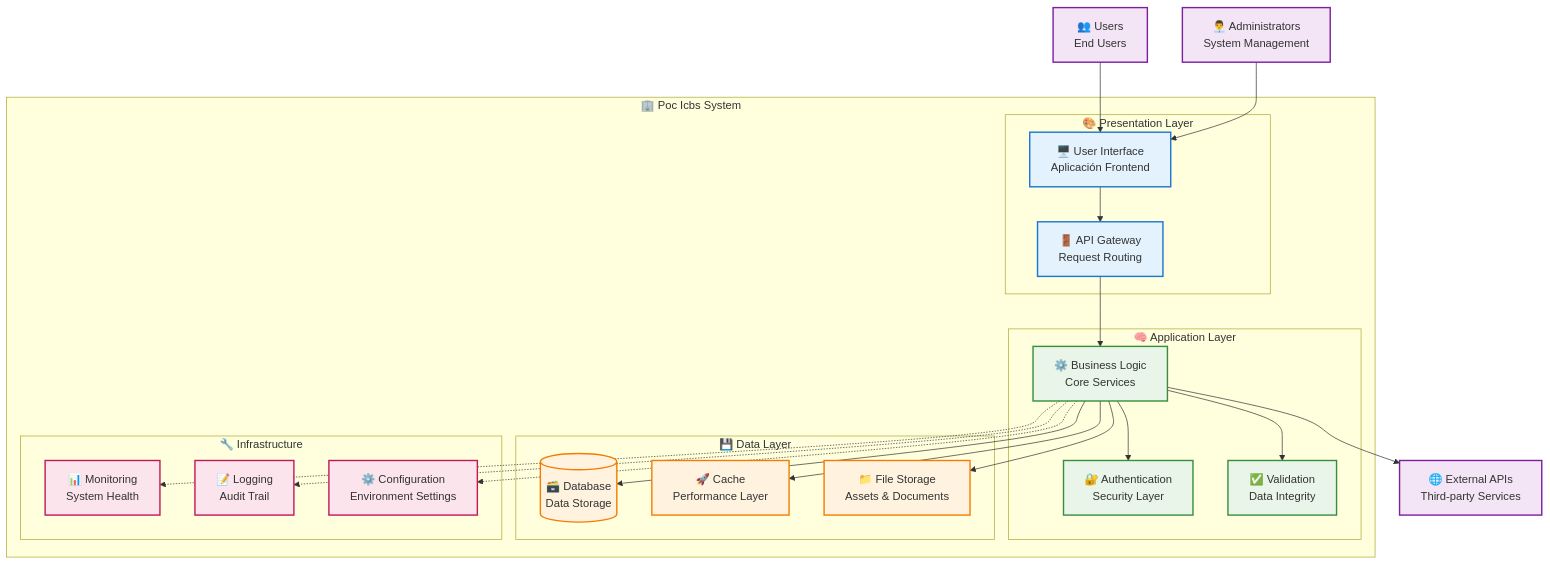
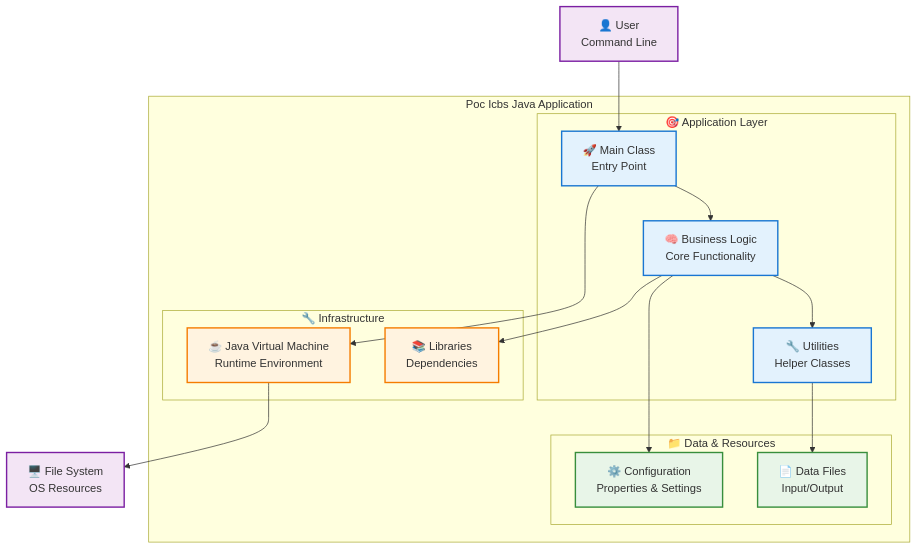
One commit to giovanemere/poc-icbs changed the diagram in docs/architecture.md. Above: the diagram before and after it, drawn with Mermaid. The commit also changed other lines of this file, not shown here.

Commit message:
📚 Auto-update TechDocs configuration

````diff
--- a/docs/architecture.md
+++ b/docs/architecture.md
@@ -10,62 +14,45 @@
 ```mermaid
 graph TB
-    subgraph "🏢 Poc Icbs System"
-        subgraph "🎨 Presentation Layer"
-            UI[🖥️ User Interface<br/>Aplicación Frontend]
-            API_Gateway[🚪 API Gateway<br/>Request Routing]
+    subgraph "Poc Icbs Java Application"
+        subgraph "🎯 Application Layer"
+            Main[🚀 Main Class<br/>Entry Point]
+            Logic[🧠 Business Logic<br/>Core Functionality]
+            Utils[🔧 Utilities<br/>Helper Classes]
         end
         
-        subgraph "🧠 Application Layer"
-            Business[⚙️ Business Logic<br/>Core Services]
-            Auth[🔐 Authentication<br/>Security Layer]
-            Validation[✅ Validation<br/>Data Integrity]
-        end
-        
-        subgraph "💾 Data Layer"
-            Database[(🗃️ Database<br/>Data Storage)]
-            Cache[🚀 Cache<br/>Performance Layer]
-            Files[📁 File Storage<br/>Assets & Documents]
+        subgraph "📁 Data & Resources"
+            Config[⚙️ Configuration<br/>Properties & Settings]
+            Files[📄 Data Files<br/>Input/Output]
         end
         
         subgraph "🔧 Infrastructure"
-            Monitor[📊 Monitoring<br/>System Health]
-            Logs[📝 Logging<br/>Audit Trail]
-            Config[⚙️ Configuration<br/>Environment Settings]
+            JVM[☕ Java Virtual Machine<br/>Runtime Environment]
+            Libs[📚 Libraries<br/>Dependencies]
         end
     end
     
     %% External Systems
-    Users[👥 Users<br/>End Users]
-    External[🌐 External APIs<br/>Third-party Services]
-    Admin[👨‍💼 Administrators<br/>System Management]
+    User[👤 User<br/>Command Line]
+    System[🖥️ File System<br/>OS Resources]
     
     %% Connections
-    Users --> UI
-    Admin --> UI
-    UI --> API_Gateway
-    API_Gateway --> Business
-    Business --> Auth
-    Business --> Validation
-    Business --> Database
-    Business --> Cache
-    Business --> Files
-    Business --> External
-    
-    %% Infrastructure connections
-    Business -.-> Monitor
-    Business -.-> Logs
-    Business -.-> Config
+    User --> Main
+    Main --> Logic
+    Logic --> Utils
+    Logic --> Config
+    Utils --> Files
+    Main --> JVM
+    JVM --> System
+    Logic --> Libs
     
     %% Styling
-    classDef presentation fill:#e3f2fd,stroke:#1976d2,stroke-width:2px
-    classDef application fill:#e8f5e8,stroke:#388e3c,stroke-width:2px
-    classDef data fill:#fff3e0,stroke:#f57c00,stroke-width:2px
-    classDef infrastructure fill:#fce4ec,stroke:#c2185b,stroke-width:2px
+    classDef app fill:#e3f2fd,stroke:#1976d2,stroke-width:2px
+    classDef data fill:#e8f5e8,stroke:#388e3c,stroke-width:2px
+    classDef infra fill:#fff3e0,stroke:#f57c00,stroke-width:2px
     classDef external fill:#f3e5f5,stroke:#7b1fa2,stroke-width:2px
     
-    class UI,API_Gateway presentation
-    class Business,Auth,Validation application
-    class Database,Cache,Files data
-    class Monitor,Logs,Config infrastructure
-    class Users,External,Admin external
+    class Main,Logic,Utils app
+    class Config,Files data
+    class JVM,Libs infra
+    class User,System external
 ```
````
